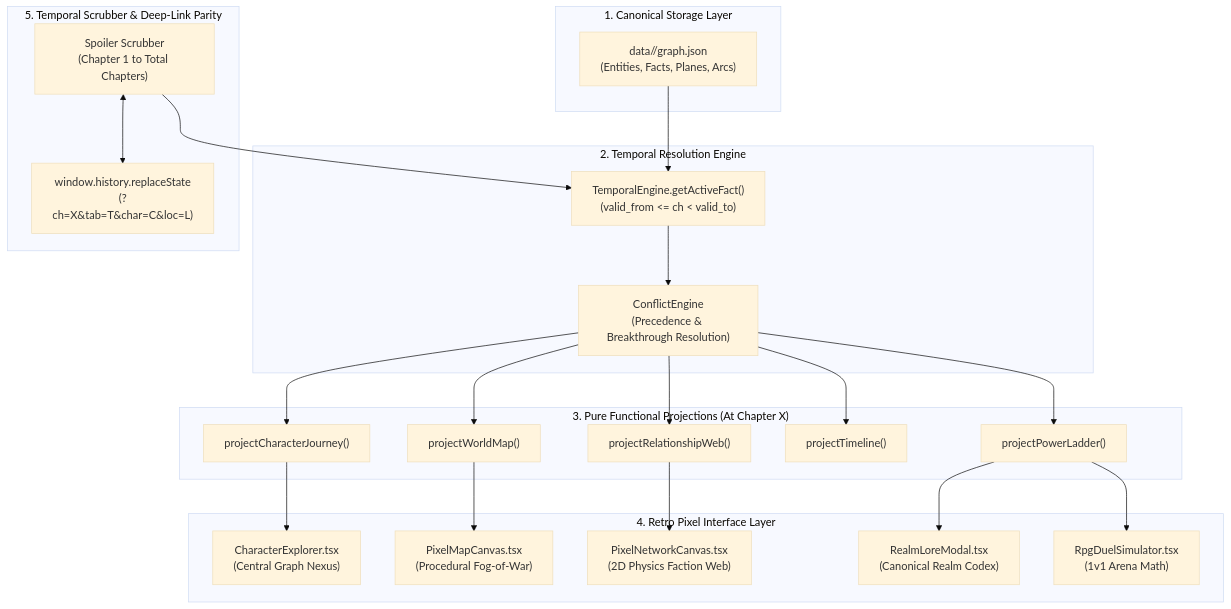
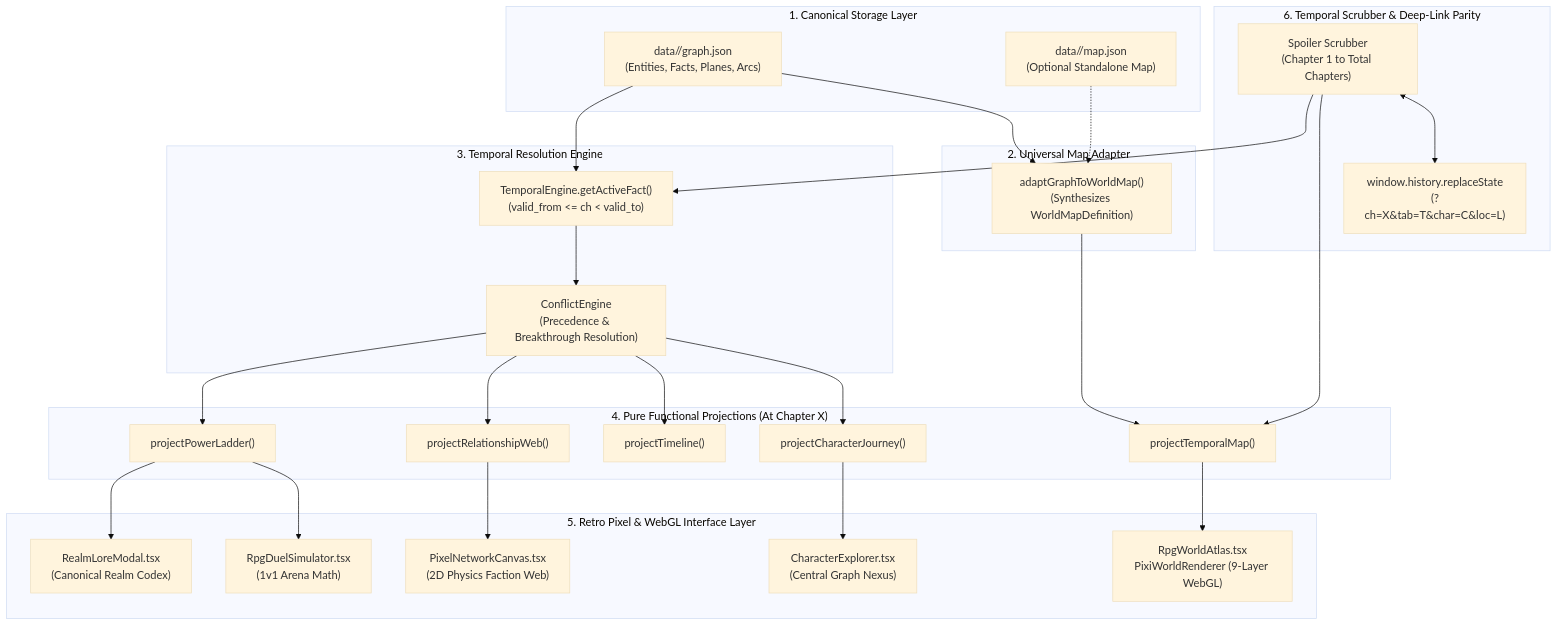
The first of 2 diagrams in ARCHITECTURE.md (NaikDeepak/omni-lore), drawn with Mermaid (base theme) before and after one commit. The commit also changed other lines of this file and 2 other files, not shown here.

Commit message:
docs: document Map Engine v2 architecture, PixiJS renderer, and Reverend Insanity universe

````diff
--- a/ARCHITECTURE.md
+++ b/ARCHITECTURE.md
@@ -14,43 +14,51 @@
 ```mermaid
 flowchart TD
     subgraph Data["1. Canonical Storage Layer"]
         JSON["data/<slug>/graph.json<br/>(Entities, Facts, Planes, Arcs)"]
+        MAP_JSON["data/<slug>/map.json<br/>(Optional Standalone Map)"]
     end
 
-    subgraph Engine["2. Temporal Resolution Engine"]
+    subgraph Adapter["2. Universal Map Adapter"]
+        ADAPT["adaptGraphToWorldMap()<br/>(Synthesizes WorldMapDefinition)"]
+    end
+
+    subgraph Engine["3. Temporal Resolution Engine"]
         TE["TemporalEngine.getActiveFact()<br/>(valid_from <= ch < valid_to)"]
         CE["ConflictEngine<br/>(Precedence & Breakthrough Resolution)"]
     end
 
-    subgraph Projections["3. Pure Functional Projections (At Chapter X)"]
+    subgraph Projections["4. Pure Functional Projections (At Chapter X)"]
         P_PL["projectPowerLadder()"]
         P_RW["projectRelationshipWeb()"]
-        P_WM["projectWorldMap()"]
+        P_TM["projectTemporalMap()"]
         P_TL["projectTimeline()"]
         P_CJ["projectCharacterJourney()"]
     end
 
-    subgraph UI["4. Retro Pixel Interface Layer"]
+    subgraph UI["5. Retro Pixel & WebGL Interface Layer"]
         C_EXP["CharacterExplorer.tsx<br/>(Central Graph Nexus)"]
-        C_MAP["PixelMapCanvas.tsx<br/>(Procedural Fog-of-War)"]
+        C_ATLAS["RpgWorldAtlas.tsx<br/>PixiWorldRenderer (9-Layer WebGL)"]
         C_WEB["PixelNetworkCanvas.tsx<br/>(2D Physics Faction Web)"]
         C_LAD["RealmLoreModal.tsx<br/>(Canonical Realm Codex)"]
         C_DUL["RpgDuelSimulator.tsx<br/>(1v1 Arena Math)"]
     end
 
-    subgraph State["5. Temporal Scrubber & Deep-Link Parity"]
+    subgraph State["6. Temporal Scrubber & Deep-Link Parity"]
         SCRUB["Spoiler Scrubber<br/>(Chapter 1 to Total Chapters)"]
         URL["window.history.replaceState<br/>(?ch=X&tab=T&char=C&loc=L)"]
     end
 
     JSON --> TE
+    JSON --> ADAPT
+    MAP_JSON -.-> ADAPT
+    ADAPT --> P_TM
     TE --> CE
-    CE --> P_PL & P_RW & P_WM & P_TL & P_CJ
-    SCRUB --> TE
+    CE --> P_PL & P_RW & P_TL & P_CJ
+    SCRUB --> TE & P_TM
     P_PL --> C_LAD
     P_RW --> C_WEB
-    P_WM --> C_MAP
+    P_TM --> C_ATLAS
     P_CJ --> C_EXP
     P_PL --> C_DUL
     SCRUB <--> URL
 ```
````
